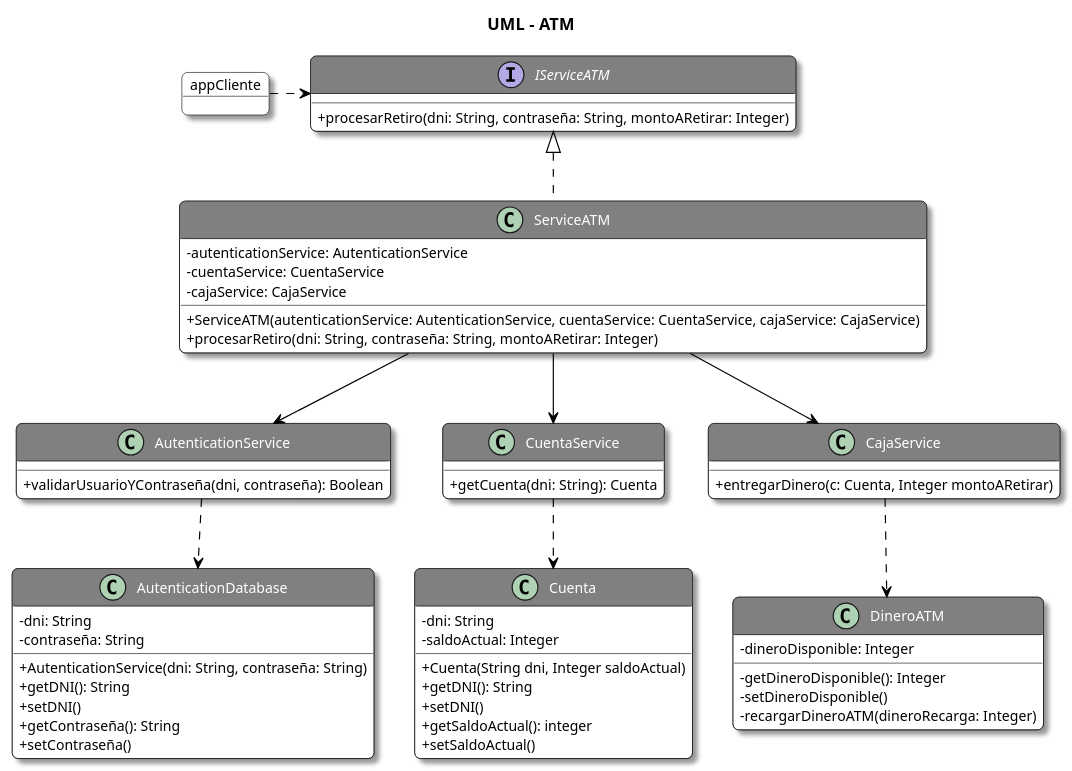
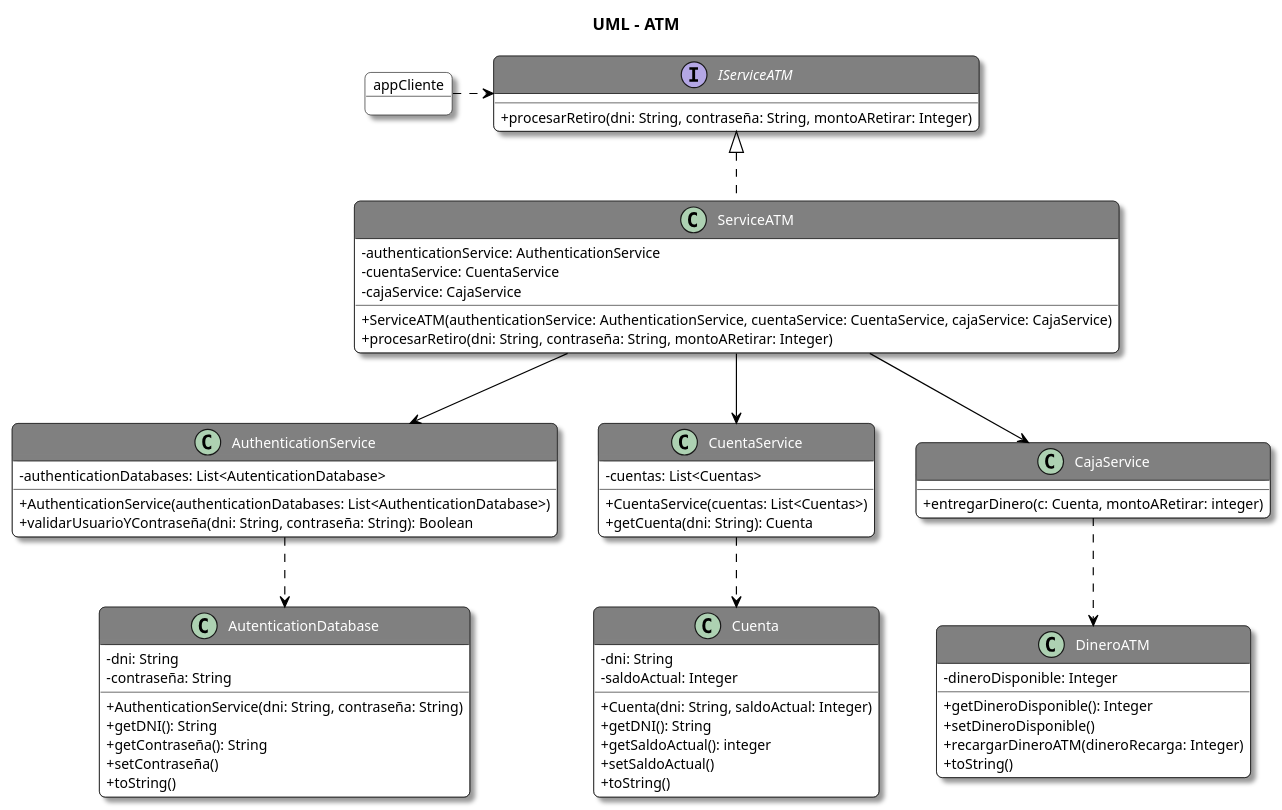
One commit to hfelipeserna/hfelipeserna.github.io changed the diagram in Digital_House-Certified_Tech_Developer/Backend_I/Facade_patron/Servicio_cajero_electrónico/src/UML-ATM.puml. Above: the diagram before and after it, drawn with PlantUML. The commit also changed 10 other files, not shown here.

```diff
--- a/Digital_House-Certified_Tech_Developer/Backend_I/Facade_patron/Servicio_cajero_electrónico/src/UML-ATM.puml
+++ b/Digital_House-Certified_Tech_Developer/Backend_I/Facade_patron/Servicio_cajero_electrónico/src/UML-ATM.puml
@@ -1,100 +1,105 @@
 @startuml
 'https://plantuml.com/class-diagram
 
 '___________STYLES___________
 title UML - ATM
 skinparam classAttributeIconSize 0
 skinparam backgroundColor White
 skinparam RoundCorner 10
 skinparam Shadowing true
 
 skinparam class {
     ArrowColor Black
     BackgroundColor White
     HeaderBackgroundColor Gray
     BorderColor Black
     FontColor White
     FontSize 14
     AttributeFontSize 12
 }
 
 skinparam object{
     ArrowColor Black
     BackgroundColor White
     BorderColor Black
     FontColor Black
     FontSize 14
     AttributeFontSize 12
 }
 
 skinparam note {
     BackgroundColor LightYellow
     BorderColor Black
 }
 
 '___________UML___________
 
 interface IServiceATM{
 +procesarRetiro(dni: String, contraseña: String, montoARetirar: Integer)
 }
 
 class ServiceATM{
--autenticationService: AutenticationService
+-authenticationService: AuthenticationService
 -cuentaService: CuentaService
 -cajaService: CajaService
-+ServiceATM(autenticationService: AutenticationService, cuentaService: CuentaService, cajaService: CajaService)
++ServiceATM(authenticationService: AuthenticationService, cuentaService: CuentaService, cajaService: CajaService)
 +procesarRetiro(dni: String, contraseña: String, montoARetirar: Integer)
 }
 
-class AutenticationService{
-+validarUsuarioYContraseña(dni, contraseña): Boolean
+class AuthenticationService{
+-authenticationDatabases: List<AutenticationDatabase>
++AuthenticationService(authenticationDatabases: List<AuthenticationDatabase>)
++validarUsuarioYContraseña(dni: String, contraseña: String): Boolean
 }
 
 class CuentaService{
+-cuentas: List<Cuentas>
++CuentaService(cuentas: List<Cuentas>)
 +getCuenta(dni: String): Cuenta
 }
 
 class CajaService{
-+entregarDinero(c: Cuenta, Integer montoARetirar)
++entregarDinero(c: Cuenta, montoARetirar: integer)
 }
 
 class Cuenta{
 -dni: String
 -saldoActual: Integer
-+Cuenta(String dni, Integer saldoActual)
++Cuenta(dni: String, saldoActual: Integer)
 +getDNI(): String
-+setDNI()
 +getSaldoActual(): integer
 +setSaldoActual()
++toString()
 }
 
 class DineroATM{
 -dineroDisponible: Integer
--getDineroDisponible(): Integer
--setDineroDisponible()
--recargarDineroATM(dineroRecarga: Integer)
++getDineroDisponible(): Integer
++setDineroDisponible()
++recargarDineroATM(dineroRecarga: Integer)
++toString()
 }
 
 class AutenticationDatabase{
 -dni: String
 -contraseña: String
-+AutenticationService(dni: String, contraseña: String)
++AuthenticationService(dni: String, contraseña: String)
 +getDNI(): String
-+setDNI()
 +getContraseña(): String
 +setContraseña()
++toString()
 }
 
 object appCliente{
 }
 
 IServiceATM<|..ServiceATM
-ServiceATM --> AutenticationService
+ServiceATM --> AuthenticationService
 ServiceATM --> CuentaService
 ServiceATM --> CajaService
 appCliente.>IServiceATM
 CajaService..>DineroATM
 CuentaService..>Cuenta
-AutenticationService..>AutenticationDatabase
+AuthenticationService..>AutenticationDatabase
 
 @enduml
```
